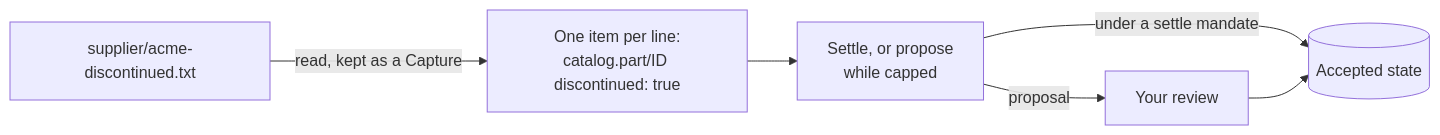
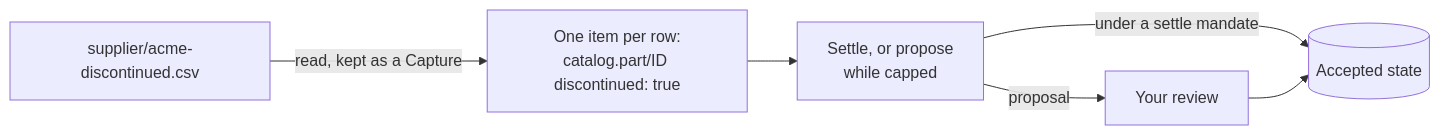
Before and after one commit to cruxible-ai/cruxible: the diagram in docs/lines-and-automation.md, drawn with Mermaid. The commit also changed other lines of this file and 9 other files, not shown here.

First line of the commit message:
Docs: capabilities, CaptureKind layouts, the base kit, required kits, provider schema 3

````diff
--- a/docs/lines-and-automation.md
+++ b/docs/lines-and-automation.md
@@ -40,8 +49,8 @@
 ```mermaid
 flowchart LR
-    file["supplier/acme-discontinued.txt"] -->|read, kept as a Capture| shape["One item per line:<br/>catalog.part/ID discontinued: true"]
+    file["supplier/acme-discontinued.csv"] -->|read, kept as a Capture| shape["One item per row:<br/>catalog.part/ID discontinued: true"]
     shape --> term["Settle, or propose<br/>while capped"]
     term -->|proposal| review["Your review"]
     term -->|under a settle mandate| state[("Accepted state")]
     review --> state
 ```
````
